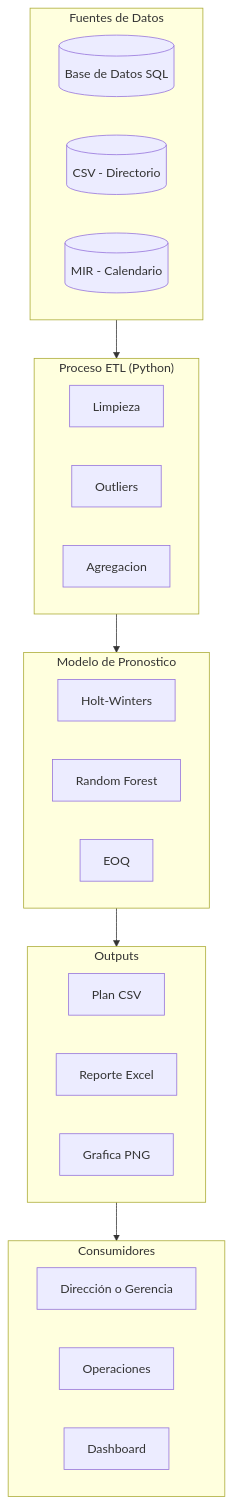
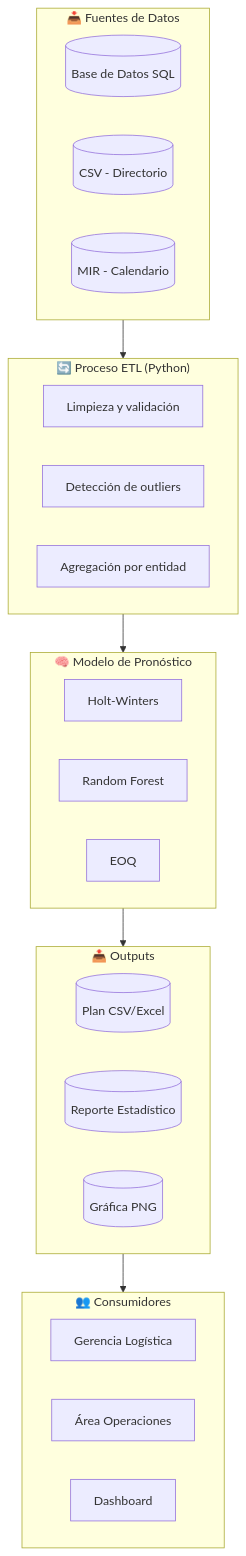
One commit to FernandoHernandezEsquivel/Modelo_de_Abastecimiento changed the first of 2 diagrams in README.md. Above: the diagram before and after it, drawn with Mermaid. The commit also changed other lines of this file, not shown here.

````diff
--- a/README.md
+++ b/README.md
@@ -1,34 +38,34 @@
 ```mermaid
 flowchart TB
-    subgraph Fuentes["Fuentes de Datos"]
+    subgraph Fuentes["📥 Fuentes de Datos"]
         A1[("Base de Datos SQL")]
         A2[("CSV - Directorio")]
         A3[("MIR - Calendario")]
     end
 
-    subgraph ETL["Proceso ETL (Python)"]
-        B1[Limpieza]
-        B2[Outliers]
-        B3[Agregacion]
+    subgraph ETL["🔄 Proceso ETL (Python)"]
+        B1[Limpieza y validación]
+        B2[Detección de outliers]
+        B3[Agregación por entidad]
     end
 
-    subgraph Modelo["Modelo de Pronostico"]
+    subgraph Modelo["🧠 Modelo de Pronóstico"]
         C1["Holt-Winters"]
         C2["Random Forest"]
         C3["EOQ"]
     end
 
-    subgraph Outputs["Outputs"]
-        D1["Plan CSV"]
-        D2["Reporte Excel"]
-        D3["Grafica PNG"]
+    subgraph Outputs["📤 Outputs"]
+        D1[("Plan CSV/Excel")]
+        D2[("Reporte Estadístico")]
+        D3[("Gráfica PNG")]
     end
 
-    subgraph Consumidores["Consumidores"]
-        E1[Dirección o Gerencia]
-        E2[Operaciones]
+    subgraph Consumidores["👥 Consumidores"]
+        E1[Gerencia Logística]
+        E2[Área Operaciones]
         E3[Dashboard]
     end
 
     Fuentes --> ETL --> Modelo --> Outputs --> Consumidores
 ```
````
